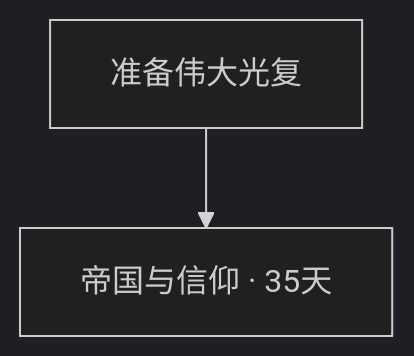
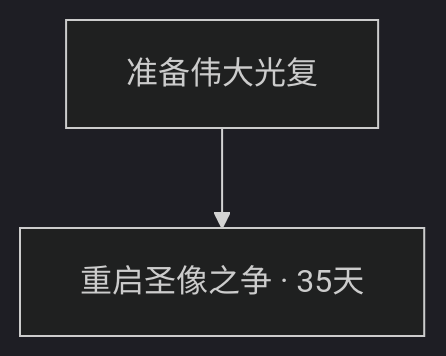
One commit to Harry-Liu23/Heart-Of-Iron-Roma-Empire-Mod changed the fifth of 22 diagrams in docs/当前完整国策与效果.md. Above: the diagram before and after it, drawn with Mermaid (dark theme). The commit also changed other lines of this file and 29 other files, not shown here.

````diff
--- a/docs/当前完整国策与效果.md
+++ b/docs/当前完整国策与效果.md
@@ -237,6 +223,6 @@
 ```mermaid
 flowchart TD
-    RR_faith["帝国与信仰 · 35天"]
+    RR_faith["重启圣像之争 · 35天"]
     RR_great_restoration["准备伟大光复"]
     RR_great_restoration --> RR_faith
 ```
````
